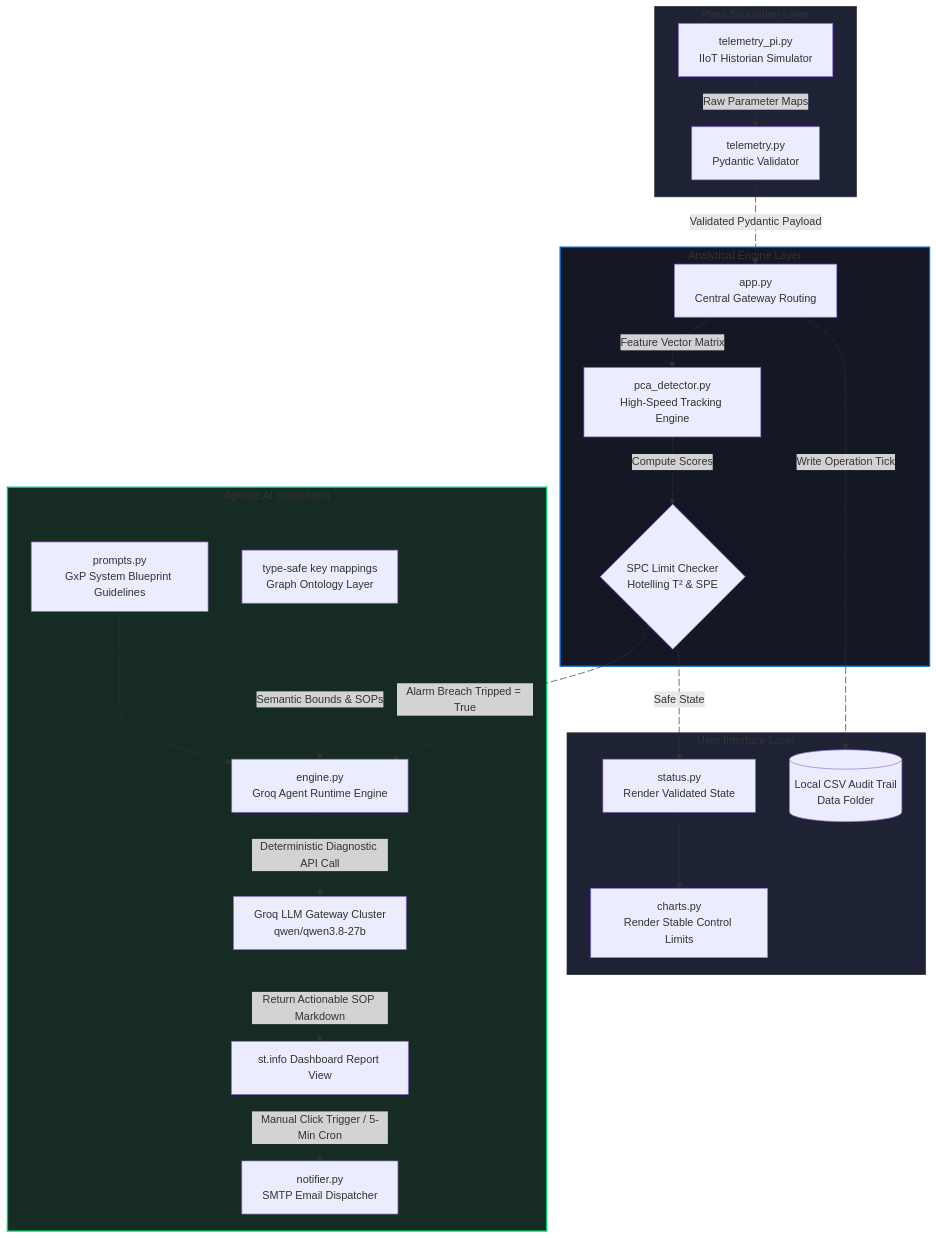
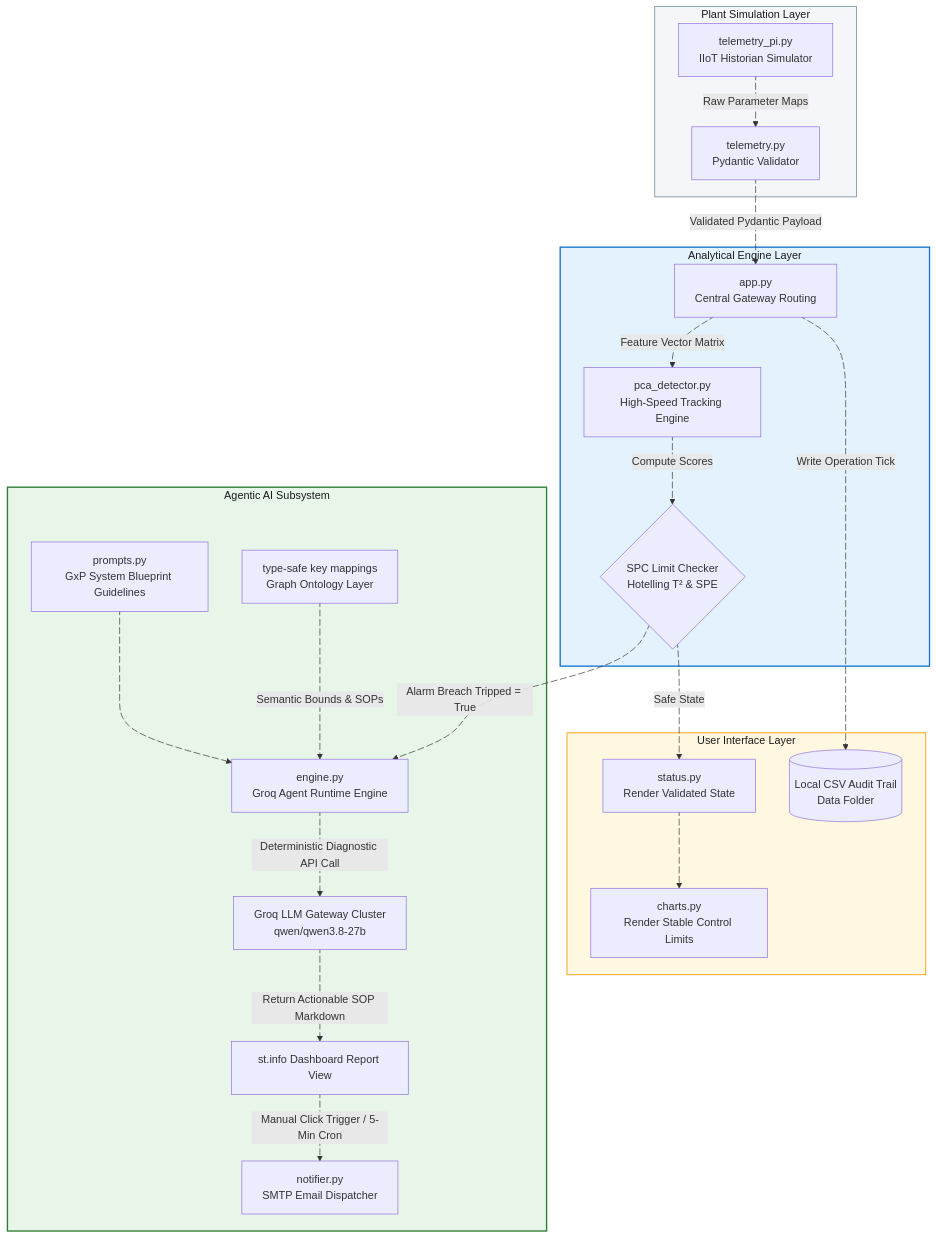
The first of 2 diagrams in README.md (SRINIVASTA/bio-twin-mitt-core), drawn with Mermaid before and after one commit. The commit also changed other lines of this file, not shown here.

````diff
--- a/README.md
+++ b/README.md
@@ -18,47 +18,48 @@
 ```mermaid
 flowchart TD
     subgraph Plant_Simulation_Layer [Plant Simulation Layer]
         A[telemetry_pi.py<br>IIoT Historian Simulator] e1@-->|Raw Parameter Maps| B[telemetry.py<br>Pydantic Validator]
     end
 
     subgraph Analytical_Engine_Layer [Analytical Engine Layer]
         B e2@-->|Validated Pydantic Payload| C[app.py<br>Central Gateway Routing]
         C e3@-->|Feature Vector Matrix| D[pca_detector.py<br>High-Speed Tracking Engine]
         D e4@-->|Compute Scores| E{SPC Limit Checker<br>Hotelling T² & SPE}
     end
 
     subgraph User_Interface_Layer [User Interface Layer]
         E e5@-->|Safe State| F[status.py<br>Render Validated State]
         F e6@--> G[charts.py<br>Render Stable Control Limits]
         C e7@-->|Write Operation Tick| M[(Local CSV Audit Trail<br>Data Folder)]
     end
 
     subgraph Agentic_Decision_Support [Agentic AI Subsystem]
         E e8@-->|Alarm Breach Tripped = True| H[engine.py<br>Groq Agent Runtime Engine]
         I[type-safe key mappings<br>Graph Ontology Layer] e9@-->|Semantic Bounds & SOPs| H
         J[prompts.py<br>GxP System Blueprint Guidelines] e10@--> H
         H e11@-->|Deterministic Diagnostic API Call| K[Groq LLM Gateway Cluster<br>qwen/qwen3.8-27b]
         K e12@-->|Return Actionable SOP Markdown| L[st.info Dashboard Report View]
         L e13@-->|Manual Click Trigger / 5-Min Cron| N[notifier.py<br>SMTP Email Dispatcher]
     end
 
     %% Running Flow Animation Definitions
     e1@{ animate: true }
     e2@{ animate: true }
     e3@{ animate: true }
     e4@{ animate: true }
     e5@{ animate: true }
     e6@{ animate: true }
     e7@{ animate: true }
     e8@{ animate: true }
     e9@{ animate: true }
     e10@{ animate: true }
     e11@{ animate: true }
     e12@{ animate: true }
     e13@{ animate: true }
 
-    style Plant_Simulation_Layer fill:#1e2235,stroke:#333,stroke-width:1px
-    style Analytical_Engine_Layer fill:#141724,stroke:#0066CC,stroke-width:2px
-    style User_Interface_Layer fill:#1e2235,stroke:#333,stroke-width:1px
-    style Agentic_Decision_Support fill:#162b23,stroke:#00cc66,stroke-width:2px
+    %% Clean Light-Friendly Subgraph Styling (No Black Boxes)
+    style Plant_Simulation_Layer fill:#f4f6f9,stroke:#90a4ae,stroke-width:1.5px,color:#1a1a1a
+    style Analytical_Engine_Layer fill:#e3f2fd,stroke:#1976d2,stroke-width:2px,color:#1a1a1a
+    style User_Interface_Layer fill:#fff8e1,stroke:#f9a825,stroke-width:1.5px,color:#1a1a1a
+    style Agentic_Decision_Support fill:#e8f5e9,stroke:#2e7d32,stroke-width:2px,color:#1a1a1a
 ```
````
